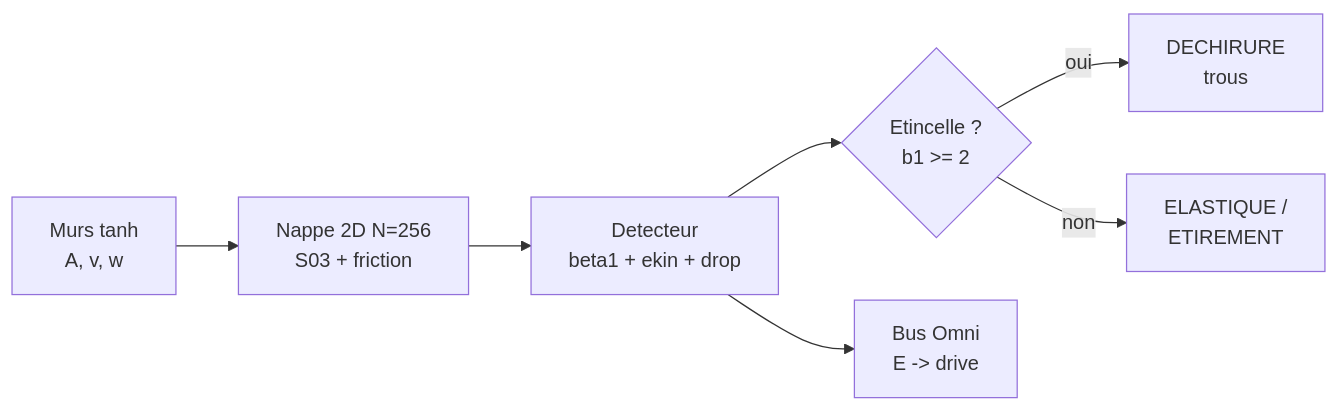
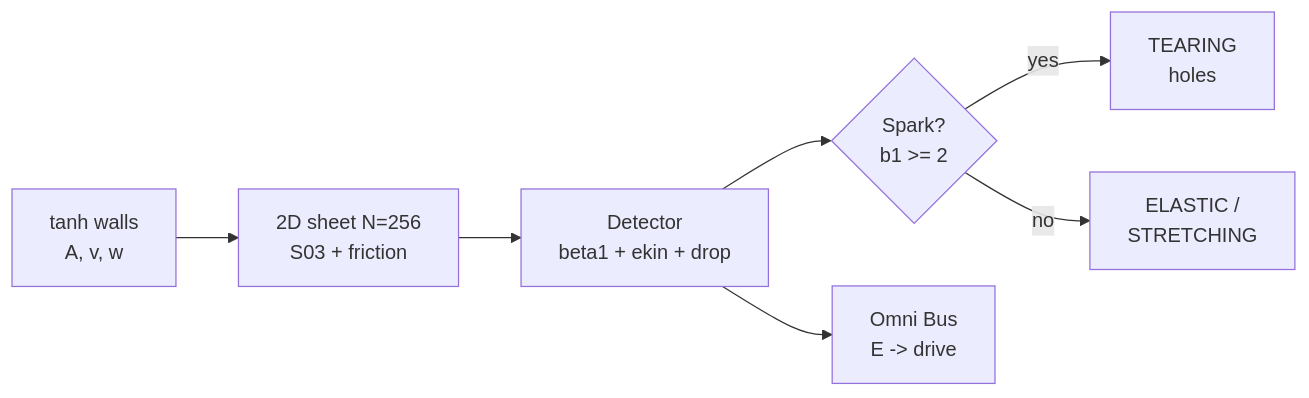
The diagram in README.md (jonathansearch/GCR), drawn with Mermaid before and after one commit. The commit also changed other lines of this file, not shown here.

````diff
--- a/README.md
+++ b/README.md
@@ -141,9 +141,9 @@
 ```mermaid
 flowchart LR
-    M[Murs tanh<br/>A, v, w] --> N[Nappe 2D N=256<br/>S03 + friction]
-    N --> D[Detecteur<br/>beta1 + ekin + drop]
-    D --> E{Etincelle ?<br/>b1 >= 2}
-    E -->|oui| T[DECHIRURE<br/>trous]
-    E -->|non| S[ELASTIQUE /<br/>ETIREMENT]
-    D --> O[Bus Omni<br/>E -> drive]
+    M[tanh walls<br/>A, v, w] --> N[2D sheet N=256<br/>S03 + friction]
+    N --> D[Detector<br/>beta1 + ekin + drop]
+    D --> E{Spark?<br/>b1 >= 2}
+    E -->|yes| T[TEARING<br/>holes]
+    E -->|no| S[ELASTIC /<br/>STRETCHING]
+    D --> O[Omni Bus<br/>E -> drive]
 ```
````
